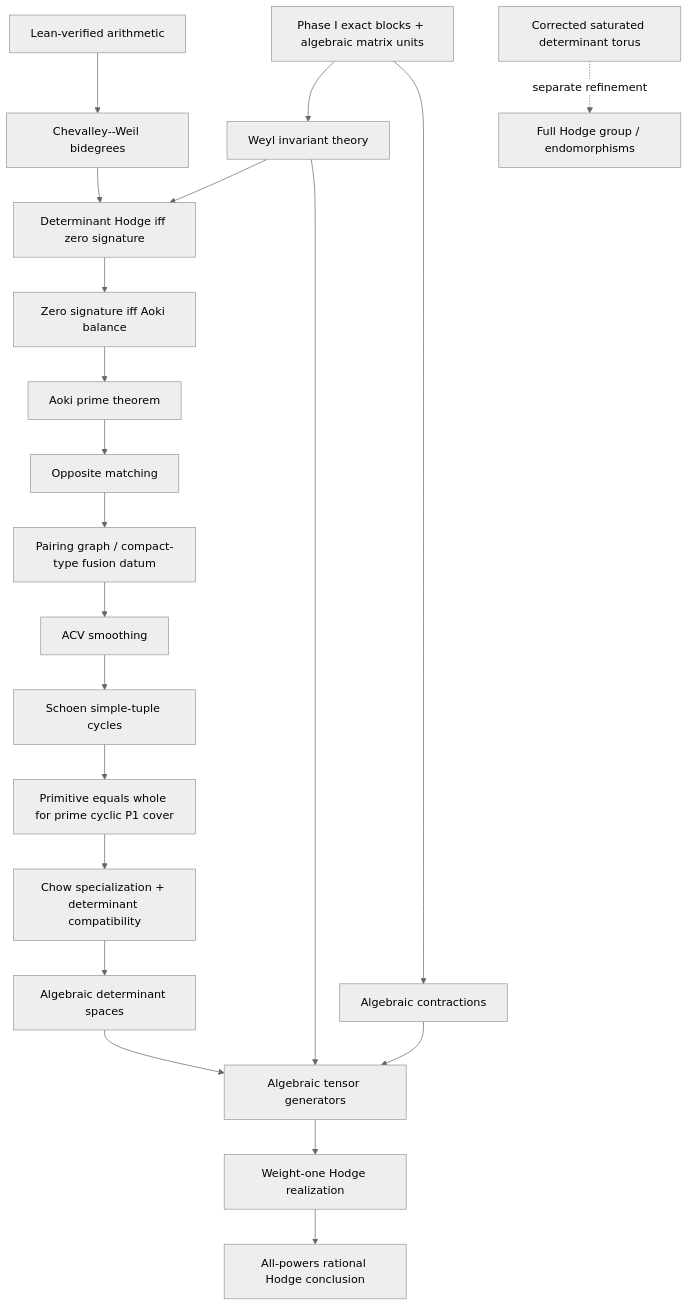
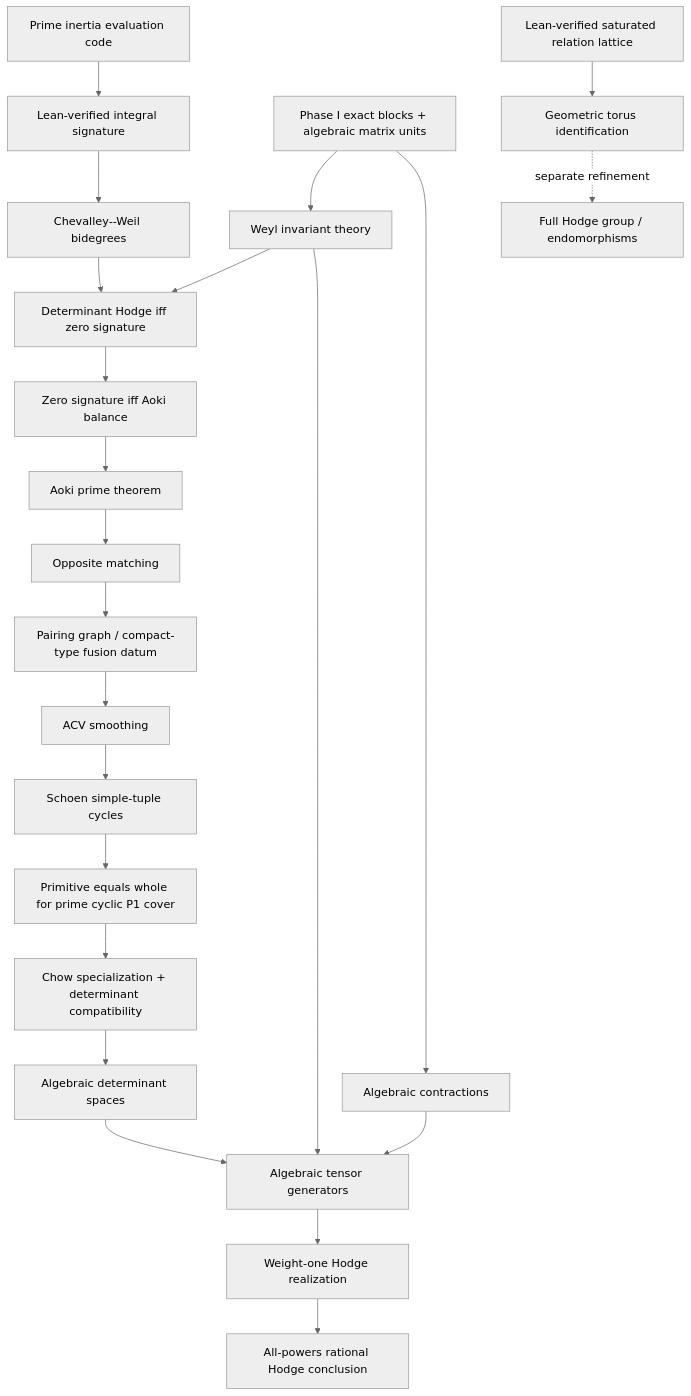
The diagram in docs/DEPENDENCIES.md (KyleJKistner/abelian-cover-hodge-lean), drawn with Mermaid (neutral theme) before and after one commit. The commit also changed other lines of this file and 17 other files, not shown here.

````diff
--- a/docs/DEPENDENCIES.md
+++ b/docs/DEPENDENCIES.md
@@ -7,24 +7,26 @@
 ```mermaid
 flowchart TD
-  A["Lean-verified arithmetic"] --> CW["Chevalley--Weil bidegrees"]
+  BD["Prime inertia evaluation code"] --> A["Lean-verified integral signature"]
+  A --> CW["Chevalley--Weil bidegrees"]
   P1["Phase I exact blocks + algebraic matrix units"] --> FFT["Weyl invariant theory"]
   CW --> ZS["Determinant Hodge iff zero signature"]
   FFT --> ZS
   ZS --> BAL["Zero signature iff Aoki balance"]
   BAL --> AO["Aoki prime theorem"]
   AO --> PAIR["Opposite matching"]
   PAIR --> FUS["Pairing graph / compact-type fusion datum"]
   FUS --> ACV["ACV smoothing"]
   ACV --> SCH["Schoen simple-tuple cycles"]
   SCH --> PW["Primitive equals whole for prime cyclic P1 cover"]
   PW --> SP["Chow specialization + determinant compatibility"]
   SP --> DET["Algebraic determinant spaces"]
   P1 --> CON["Algebraic contractions"]
   FFT --> GEN["Algebraic tensor generators"]
   DET --> GEN
   CON --> GEN
   GEN --> HR["Weight-one Hodge realization"]
   HR --> GOAL["All-powers rational Hodge conclusion"]
 
-  TOR["Corrected saturated determinant torus"] -. "separate refinement" .-> FULL["Full Hodge group / endomorphisms"]
+  LAT["Lean-verified saturated relation lattice"] --> TOR["Geometric torus identification"]
+  TOR -. "separate refinement" .-> FULL["Full Hodge group / endomorphisms"]
 ```
````
